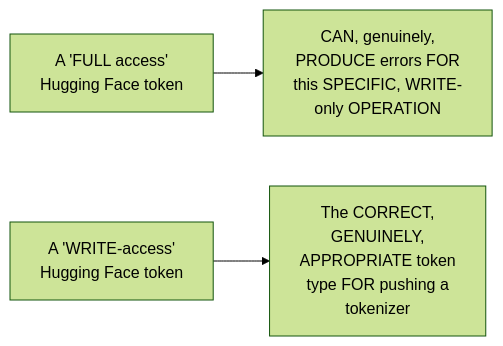
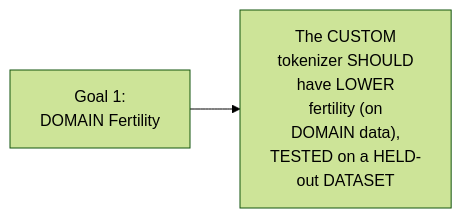
Before and after one commit to sanjeevpalla/Notes: diagram 14 of 27 in LLM Production AI Engineering/1. AI Foundations/2. Tokenization/4. Resolving the Vocabulary-Size Conflict.md, drawn with Mermaid (forest theme). The commit also changed other lines of this file and 7 other files, not shown here.

````diff
--- a/LLM Production AI Engineering/1. AI Foundations/2. Tokenization/4. Resolving the Vocabulary-Size Conflict.md
+++ b/LLM Production AI Engineering/1. AI Foundations/2. Tokenization/4. Resolving the Vocabulary-Size Conflict.md
@@ -494,5 +311,4 @@
 ```mermaid
 flowchart LR
-    A["A 'FULL access'<br/>Hugging Face token"] --> B["CAN, genuinely,<br/>PRODUCE errors FOR<br/>this SPECIFIC, WRITE-<br/>only OPERATION"]
-    C["A 'WRITE-access'<br/>Hugging Face token"] --> D["The CORRECT,<br/>GENUINELY,<br/>APPROPRIATE token<br/>type FOR pushing a<br/>tokenizer"]
+    A["Goal 1:<br/>DOMAIN Fertility"] --> B["The CUSTOM<br/>tokenizer SHOULD<br/>have LOWER<br/>fertility (on<br/>DOMAIN data),<br/>TESTED on a HELD-<br/>out DATASET"]
 ```
````
